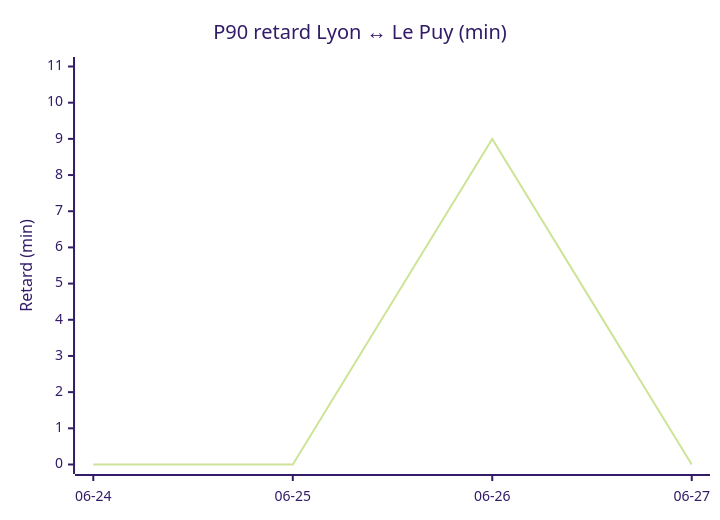
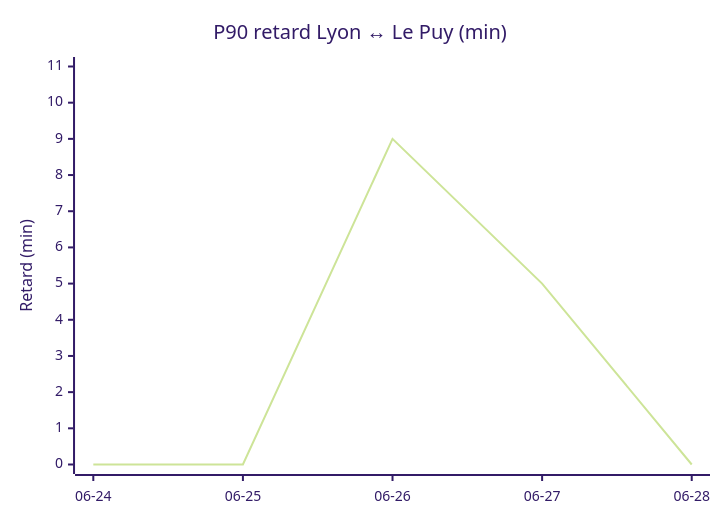
The third of 4 diagrams in STATS.md (antoinerep/horaire-ter), drawn with Mermaid (forest theme) before and after one commit. The commit also changed other lines of this file and 1 other file, not shown here.

````diff
--- a/STATS.md
+++ b/STATS.md
@@ -76,7 +77,7 @@
 ```mermaid
 xychart-beta
     title "P90 retard Lyon ↔ Le Puy (min)"
-    x-axis ["06-24", "06-25", "06-26", "06-27"]
+    x-axis ["06-24", "06-25", "06-26", "06-27", "06-28"]
     y-axis "Retard (min)" 0 --> 11
-    line [0.0, 0.0, 9.0, 0.0]
+    line [0.0, 0.0, 9.0, 5.0, 0.0]
 ```
````
